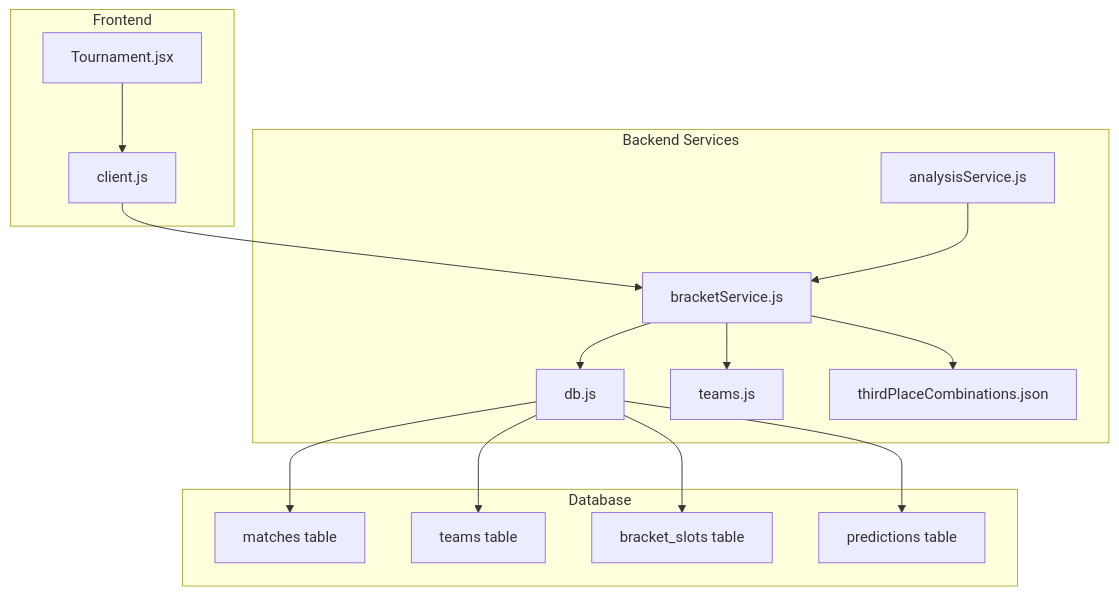
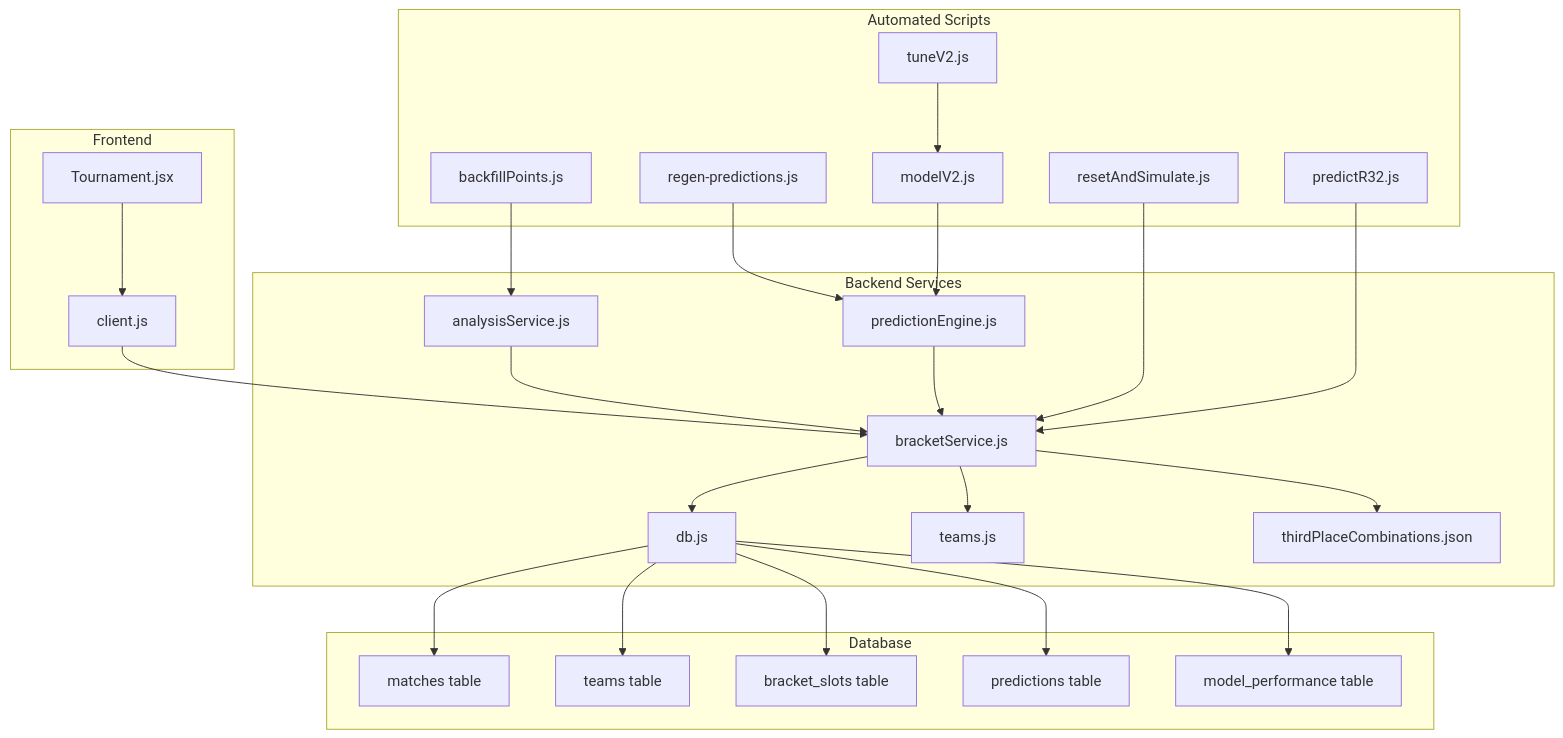
Before and after one commit to cheesiong/WC26-qwen: the first of 10 diagrams in .qoder/repowiki/en/content/Tournament Management/Bracket Service.md, drawn with Mermaid. The commit also changed other lines of this file and 49 other files, not shown here.

````diff
--- a/.qoder/repowiki/en/content/Tournament Management/Bracket Service.md
+++ b/.qoder/repowiki/en/content/Tournament Management/Bracket Service.md
@@ -31,30 +50,48 @@
 ```mermaid
 graph TB
 subgraph "Backend Services"
 BS[bracketService.js]
 AS[analysisService.js]
 DB[db.js]
 TEAMS[teams.js]
 TP[thirdPlaceCombinations.json]
+PE[predictionEngine.js]
+end
+subgraph "Automated Scripts"
+RS[resetAndSimulate.js]
+RP[regen-predictions.js]
+PR[predictR32.js]
+MV[modelV2.js]
+TV[tuneV2.js]
+BP[backfillPoints.js]
 end
 subgraph "Frontend"
 FE[Tournament.jsx]
 API[client.js]
 end
 subgraph "Database"
 MATCHES[matches table]
 TEAMS_TBL[teams table]
 BRACKET_SLOTS[bracket_slots table]
 PREDICTIONS[predictions table]
+MODEL_PERFORMANCE[model_performance table]
 end
 FE --> API
 API --> BS
 BS --> DB
 AS --> BS
 BS --> TEAMS
 BS --> TP
+PE --> BS
+RS --> BS
+RP --> PE
+PR --> BS
+MV --> PE
+TV --> MV
+BP --> AS
 DB --> MATCHES
 DB --> TEAMS_TBL
 DB --> BRACKET_SLOTS
 DB --> PREDICTIONS
+DB --> MODEL_PERFORMANCE
 ```
````
